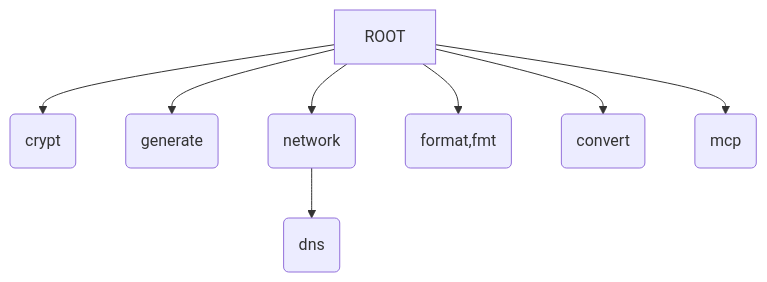
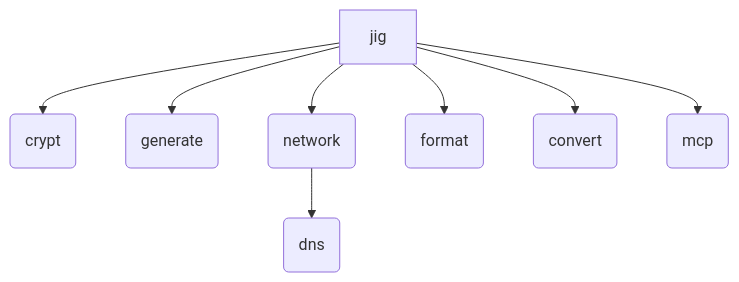
Before and after one commit to daveio/jig: the diagram in PLAN.md, drawn with Mermaid. The commit also changed other lines of this file, not shown here.

````diff
--- a/PLAN.md
+++ b/PLAN.md
@@ -12,10 +18,10 @@
 ```mermaid
 graph TD
-  A[ROOT] --> 1(crypt)
+  A[jig] --> 1(crypt)
   A --> 3(generate)
   A --> 4(network)
   4 --> 4A(dns)
-  A --> 5(format,fmt)
+  A --> 5(format)
   A --> 6(convert)
   A --> 7(mcp)
 ```
````
